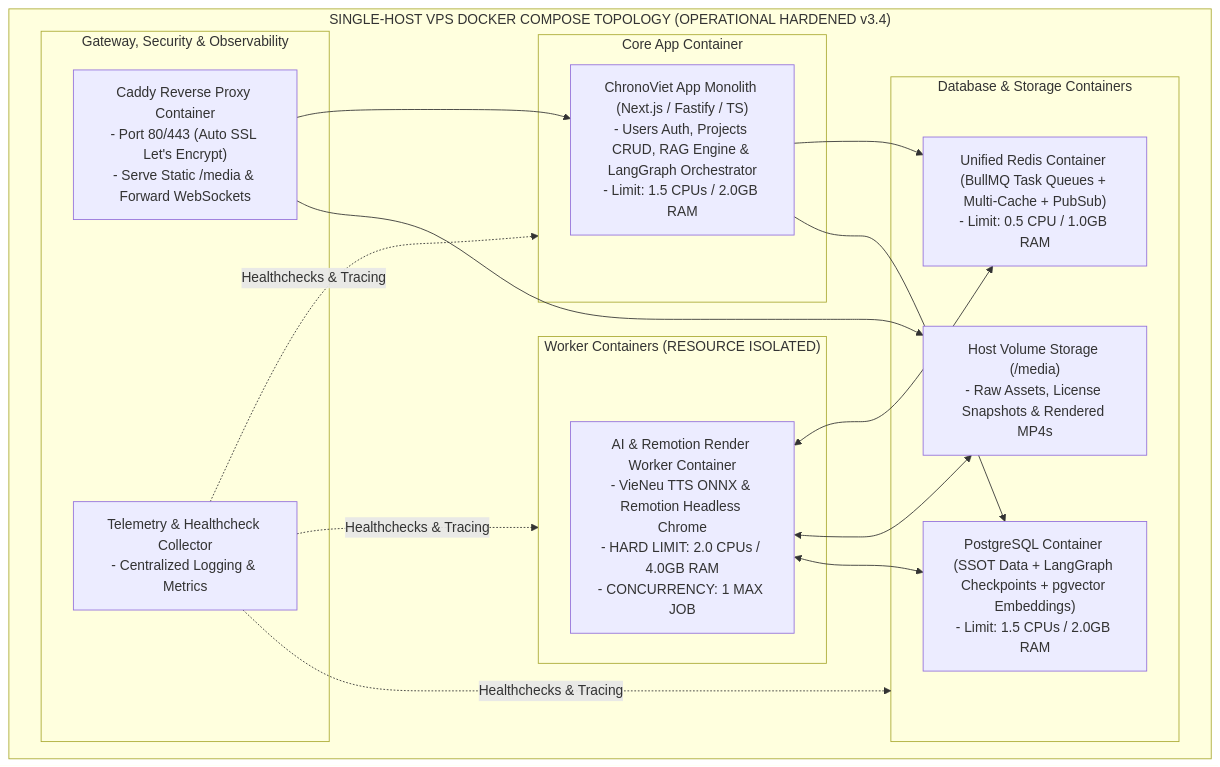
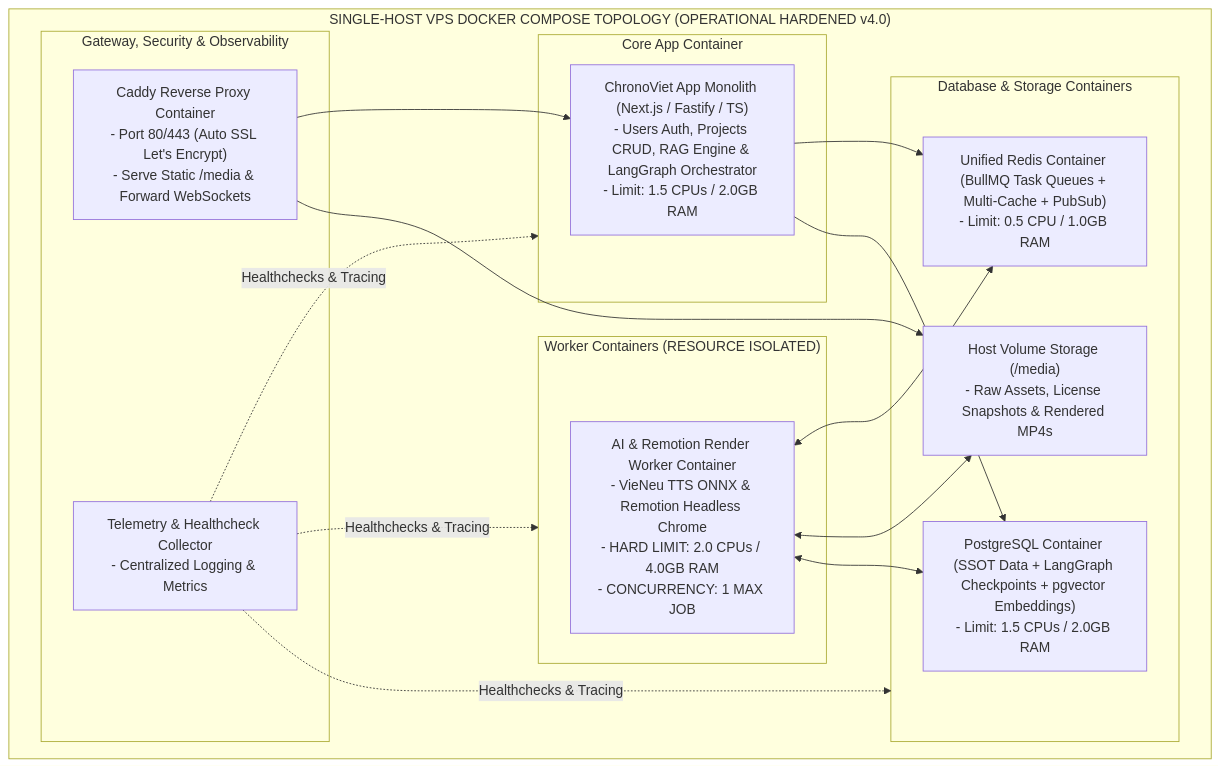
The sixth of 6 diagrams in docs/architecture/CHRONOVIET_ARCHITECTURE_DIAGRAMS.md (TCTri205/ChronoViet), drawn with Mermaid before and after one commit. The commit also changed other lines of this file and 285 other files, not shown here.

Commit message:
feat(core): architecture consolidation, infrastructure separation, RAG generation pipeline, and project structure alignment

````diff
--- a/docs/architecture/CHRONOVIET_ARCHITECTURE_DIAGRAMS.md
+++ b/docs/architecture/CHRONOVIET_ARCHITECTURE_DIAGRAMS.md
@@ -287,30 +290,30 @@
 ```mermaid
 flowchart TB
-    subgraph SingleHostDev["SINGLE-HOST VPS DOCKER COMPOSE TOPOLOGY (OPERATIONAL HARDENED v3.4)"]
+    subgraph SingleHostDev["SINGLE-HOST VPS DOCKER COMPOSE TOPOLOGY (OPERATIONAL HARDENED v4.0)"]
         
         subgraph GatewayContainer["Gateway, Security & Observability"]
             CaddyCont["Caddy Reverse Proxy Container\n- Port 80/443 (Auto SSL Let's Encrypt)\n- Serve Static /media & Forward WebSockets"]
             TelemetryCont["Telemetry & Healthcheck Collector\n- Centralized Logging & Metrics"]
         end
 
         subgraph CoreServicesGroup["Core App Container"]
             AppCont["ChronoViet App Monolith (Next.js / Fastify / TS)\n- Users Auth, Projects CRUD, RAG Engine & LangGraph Orchestrator\n- Limit: 1.5 CPUs / 2.0GB RAM"]
         end
 
         subgraph WorkerGroup["Worker Containers (RESOURCE ISOLATED)"]
             WorkerCont["AI & Remotion Render Worker Container\n- VieNeu TTS ONNX & Remotion Headless Chrome\n- HARD LIMIT: 2.0 CPUs / 4.0GB RAM\n- CONCURRENCY: 1 MAX JOB"]
         end
 
         subgraph StorageContainers["Database & Storage Containers"]
             PGCont["PostgreSQL Container (SSOT Data + LangGraph Checkpoints + pgvector Embeddings)\n- Limit: 1.5 CPUs / 2.0GB RAM"]
             RedisCont["Unified Redis Container (BullMQ Task Queues + Multi-Cache + PubSub)\n- Limit: 0.5 CPU / 1.0GB RAM"]
             VolumeCont["Host Volume Storage (/media)\n- Raw Assets, License Snapshots & Rendered MP4s"]
         end
     end
 
     CaddyCont --> AppCont & VolumeCont
     TelemetryCont -. Healthchecks & Tracing .-> CoreServicesGroup & WorkerGroup & StorageContainers
 
     AppCont --> RedisCont & PGCont
     WorkerCont <--> RedisCont & VolumeCont & PGCont
 ```
````
